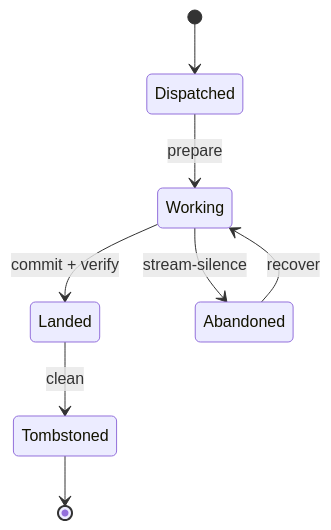
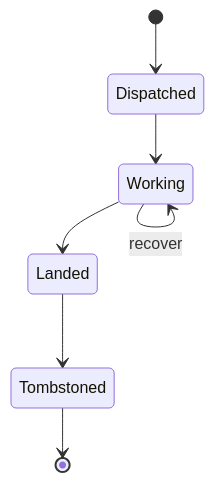
Before and after one commit to davisjam/agent-governance-mechanisms: the diagram in book/appendix-fills/models-bridge/agent-orchestration-model.md, drawn with Mermaid. The commit also changed other lines of this file and 21 other files, not shown here.

````diff
--- a/book/appendix-fills/models-bridge/agent-orchestration-model.md
+++ b/book/appendix-fills/models-bridge/agent-orchestration-model.md
@@ -38,10 +38,9 @@
 ```mermaid
 stateDiagram-v2
   [*] --> Dispatched
-  Dispatched --> Working: prepare
-  Working --> Landed: commit + verify
-  Working --> Abandoned: stream-silence
-  Abandoned --> Working: recover
-  Landed --> Tombstoned: clean
+  Dispatched --> Working
+  Working --> Working: recover
+  Working --> Landed
+  Landed --> Tombstoned
   Tombstoned --> [*]
 ```
````
